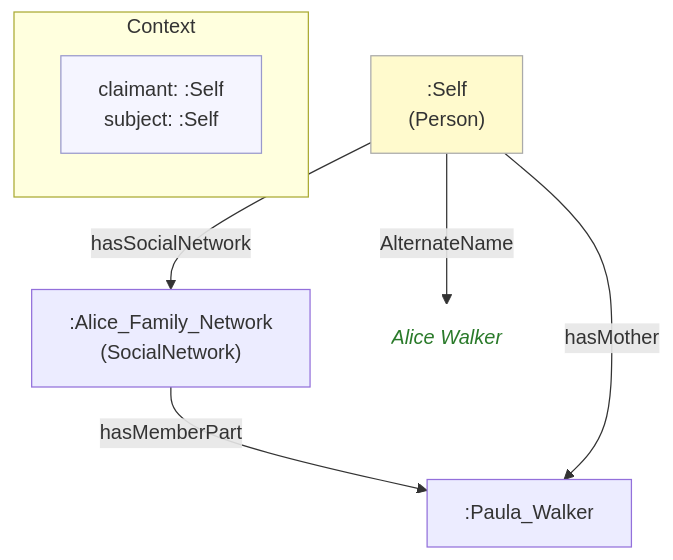
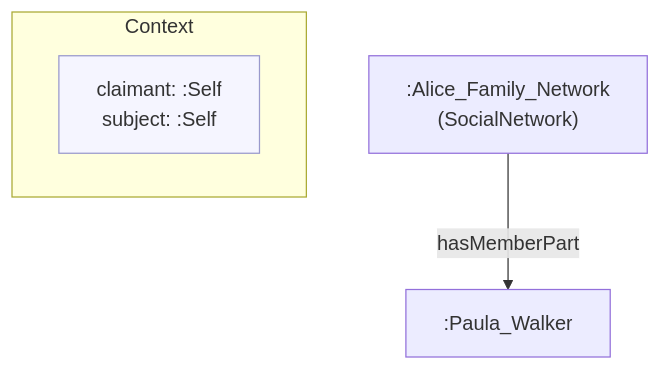
The diagram in example/contexts/images/self.self(paula-walker)(immediate-family)(21).mmd (MeeFoundation/mia-ontologies), drawn with Mermaid before and after one commit. The commit also changed 62 other files, not shown here.

```diff
--- a/example/contexts/images/self.self(paula-walker)(immediate-family)(21).mmd
+++ b/example/contexts/images/self.self(paula-walker)(immediate-family)(21).mmd
@@ -1,21 +1,16 @@
 flowchart TD
     classDef person fill:#fffacd,stroke:#aaa,color:#333
     classDef grp    fill:#d4edda,stroke:#aaa,color:#333
     classDef org    fill:#cce5ff,stroke:#aaa,color:#333
     classDef lit    fill:none,stroke:none,font-style:italic,color:#2a7a2a
     classDef meta   fill:#f5f5ff,stroke:#9999cc,color:#333
 
     subgraph ctx["Context"]
         direction LR
         ctx_meta["claimant: :Self\nsubject: :Self"]:::meta
     end
 
     n29ddd4160a4b[":Alice_Family_Network\n(SocialNetwork)"]
     nb654756d5ced[":Paula_Walker"]
-    ne0c3ba92f1db[":Self\n(Person)"]:::person
-    nb7074583cfce("Alice Walker"):::lit
 
     n29ddd4160a4b -->|"hasMemberPart"| nb654756d5ced
-    ne0c3ba92f1db -->|"AlternateName"| nb7074583cfce
-    ne0c3ba92f1db -->|"hasMother"| nb654756d5ced
-    ne0c3ba92f1db -->|"hasSocialNetwork"| n29ddd4160a4b
```
